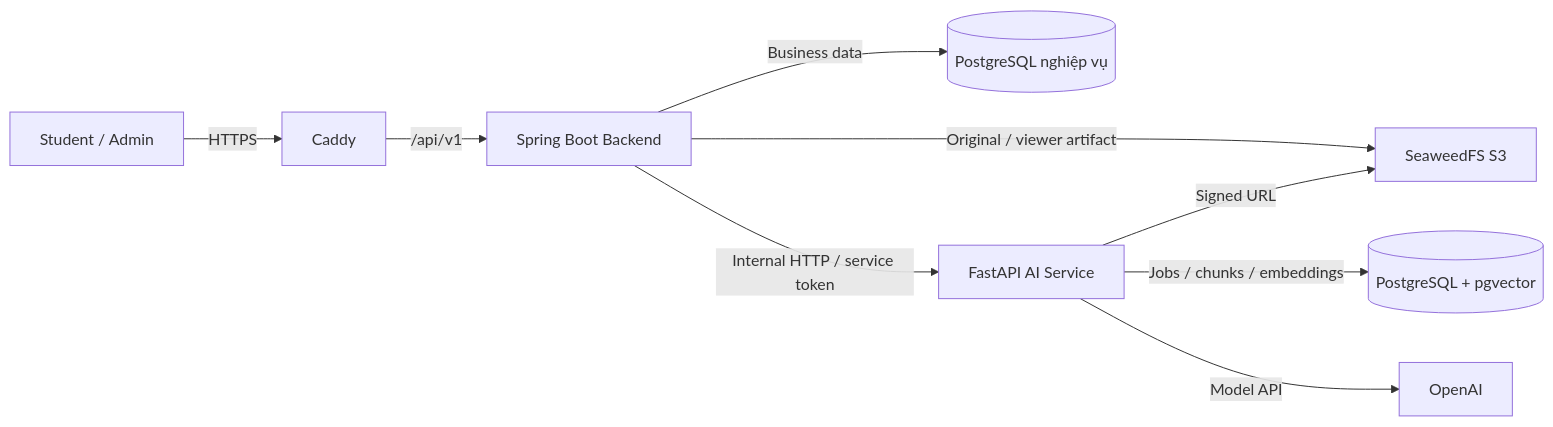
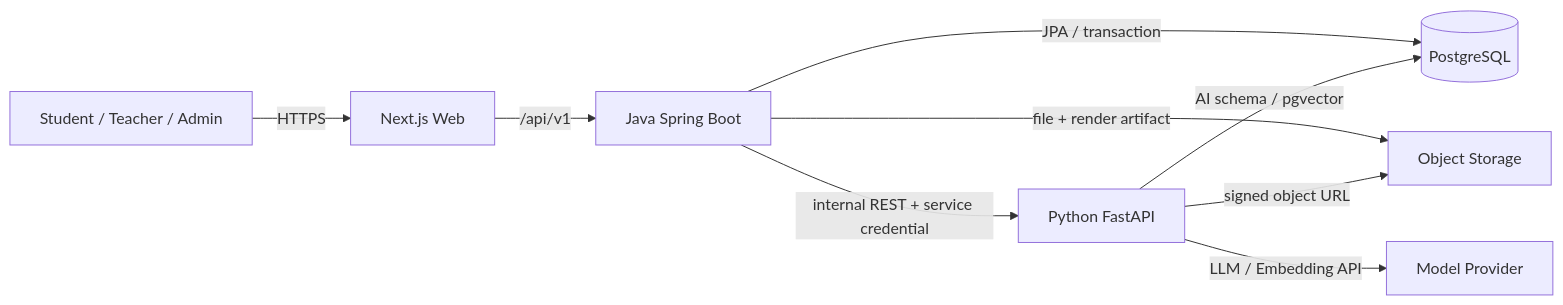
The diagram in docs/architecture.md (bch7504/DATN), drawn with Mermaid before and after one commit. The commit also changed other lines of this file and 73 other files, not shown here.

Commit message:
feat: align MVP architecture and review workflow

````diff
--- a/docs/architecture.md
+++ b/docs/architecture.md
@@ -9,12 +41,13 @@
 ```mermaid
 flowchart LR
-    U[Student / Admin] -->|HTTPS| C[Caddy]
-    
-    C -->|/api/v1| J[Spring Boot Backend]
-    J -->|Business data| B[(PostgreSQL nghiệp vụ)]
-    J -->|Original / viewer artifact| S[SeaweedFS S3]
-    J -->|Internal HTTP / service token| A[FastAPI AI Service]
-    A -->|Jobs / chunks / embeddings| V[(PostgreSQL + pgvector)]
-    A -->|Signed URL| S
-    A -->|Model API| O[OpenAI]
+    U[Student / Teacher / Admin] -->|HTTPS| W[Next.js Web]
+    W -->|/api/v1| J[Java Spring Boot]
+
+    J -->|JPA / transaction| P[(PostgreSQL)]
+    J -->|file + render artifact| O[Object Storage]
+    J -->|internal REST + service credential| A[Python FastAPI]
+
+    A -->|AI schema / pgvector| P
+    A -->|signed object URL| O
+    A -->|LLM / Embedding API| M[Model Provider]
 ```
````
